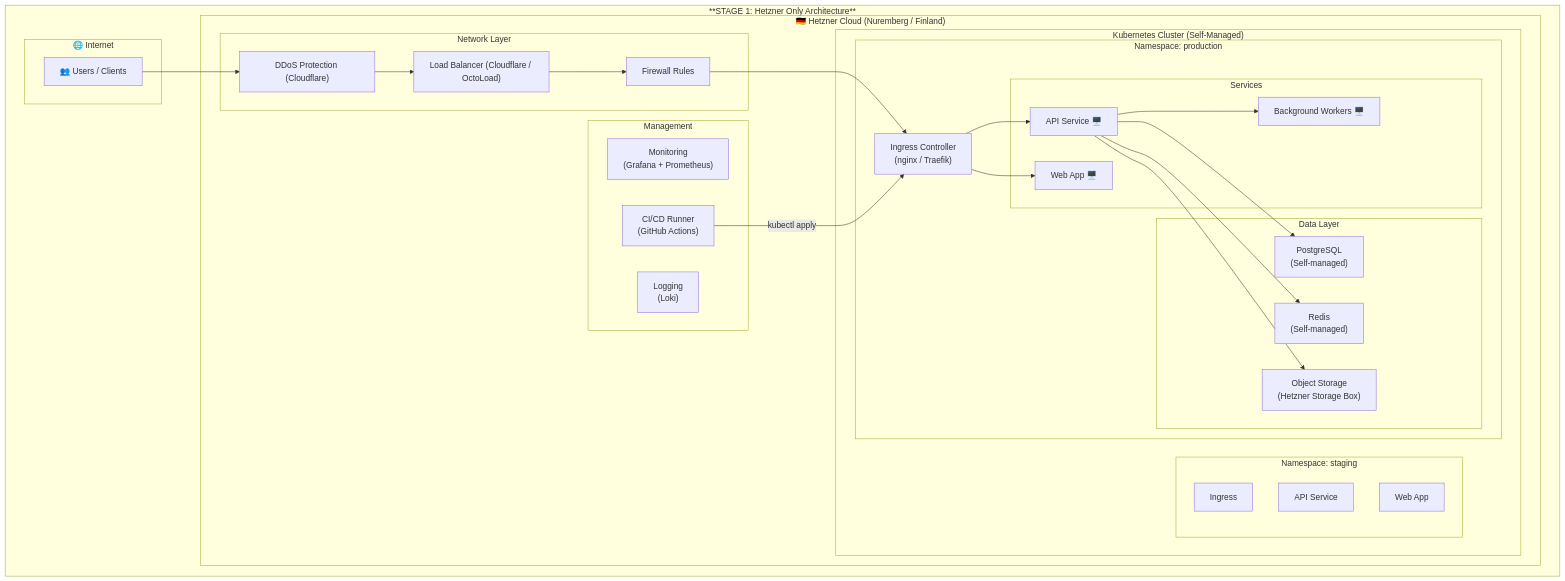
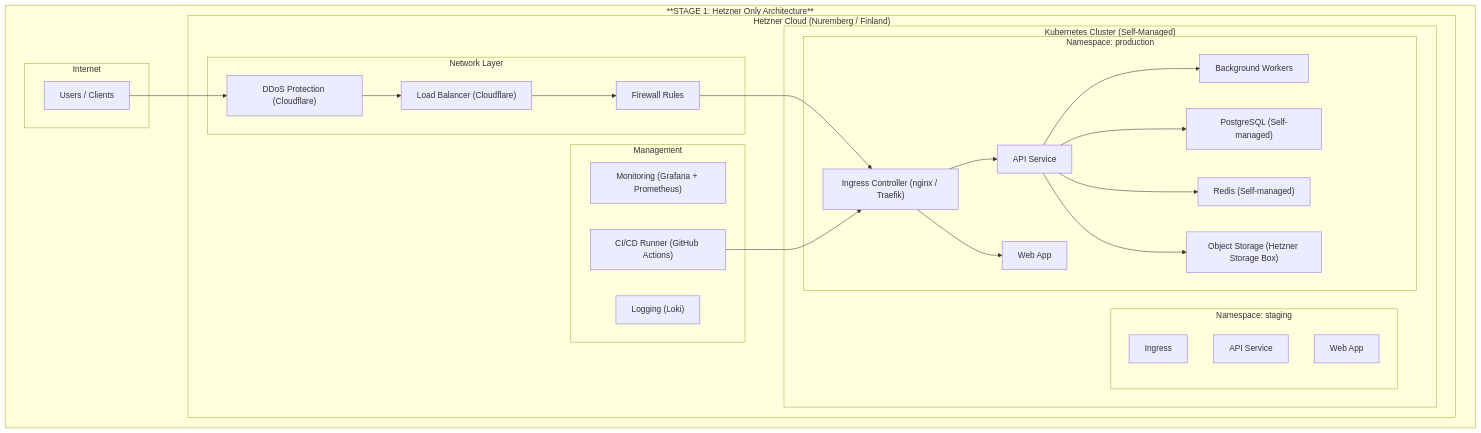
Before and after one commit to DurianLAB/hetzner-to-eks: the second of 10 diagrams in README.md, drawn with Mermaid. The commit also changed other lines of this file, not shown here.

First line of the commit message:
fix: correct Mermaid syntax for GitHub rendering

````diff
--- a/README.md
+++ b/README.md
@@ -94,56 +94,52 @@
 ```mermaid
 flowchart TB
     subgraph STAGE1["**STAGE 1: Hetzner Only Architecture**"]
-        subgraph ST1_INTERNET["🌐 Internet"]
-            USERS1["👥 Users / Clients"]
+        subgraph ST1_INTERNET["Internet"]
+            USERS1["Users / Clients"]
         end
 
-        subgraph ST1_HETZNER["🇩🇪 Hetzner Cloud (Nuremberg / Finland)"]
+        subgraph ST1_HETZNER["Hetzner Cloud (Nuremberg / Finland)"]
             subgraph ST1_NET["Network Layer"]
-                LB1["Load Balancer (Cloudflare / OctoLoad)"]
+                LB1["Load Balancer (Cloudflare)"]
                 FW1["Firewall Rules"]
                 DDOS1["DDoS Protection (Cloudflare)"]
             end
 
             subgraph ST1_K8S["Kubernetes Cluster (Self-Managed)"]
                 subgraph ST1_NS1["Namespace: production"]
-                    ING1["Ingress Controller<br/>(nginx / Traefik)"]
-                    subgraph ST1_SVC1["Services"]
-                        API1["API Service 🖥️"]
-                        WEB1["Web App 🖥️"]
-                        WORKER1["Background Workers 🖥️"]
-                    end
-                    subgraph ST1_DATA1["Data Layer"]
-                        DB1["PostgreSQL<br/>(Self-managed)"]
-                        CACHE1["Redis<br/>(Self-managed)"]
-                        OBJ1["Object Storage<br/>(Hetzner Storage Box)"]
-                    end
+                    ING1["Ingress Controller (nginx / Traefik)"]
+                    API1["API Service"]
+                    WEB1["Web App"]
+                    WORKER1["Background Workers"]
+                    DB1["PostgreSQL (Self-managed)"]
+                    CACHE1["Redis (Self-managed)"]
+                    OBJ1["Object Storage (Hetzner Storage Box)"]
                 end
 
                 subgraph ST1_NS2["Namespace: staging"]
                     ING1B["Ingress"]
                     API1B["API Service"]
                     WEB1B["Web App"]
                 end
             end
 
             subgraph ST1_MGMT["Management"]
-                MON1["Monitoring<br/>(Grafana + Prometheus)"]
-                LOGS1["Logging<br/>(Loki)"]
-                CI1["CI/CD Runner<br/>(GitHub Actions)"]
+                MON1["Monitoring (Grafana + Prometheus)"]
+                LOGS1["Logging (Loki)"]
+                CI1["CI/CD Runner (GitHub Actions)"]
             end
         end
 
         USERS1 --> DDOS1
         DDOS1 --> LB1
         LB1 --> FW1
         FW1 --> ING1
         ING1 --> API1
         ING1 --> WEB1
         API1 --> WORKER1
         API1 --> DB1
         API1 --> CACHE1
         API1 --> OBJ1
-        CI1 -->|"kubectl apply"| ING1
+        CI1 --> ING1
     end
 ```
````
